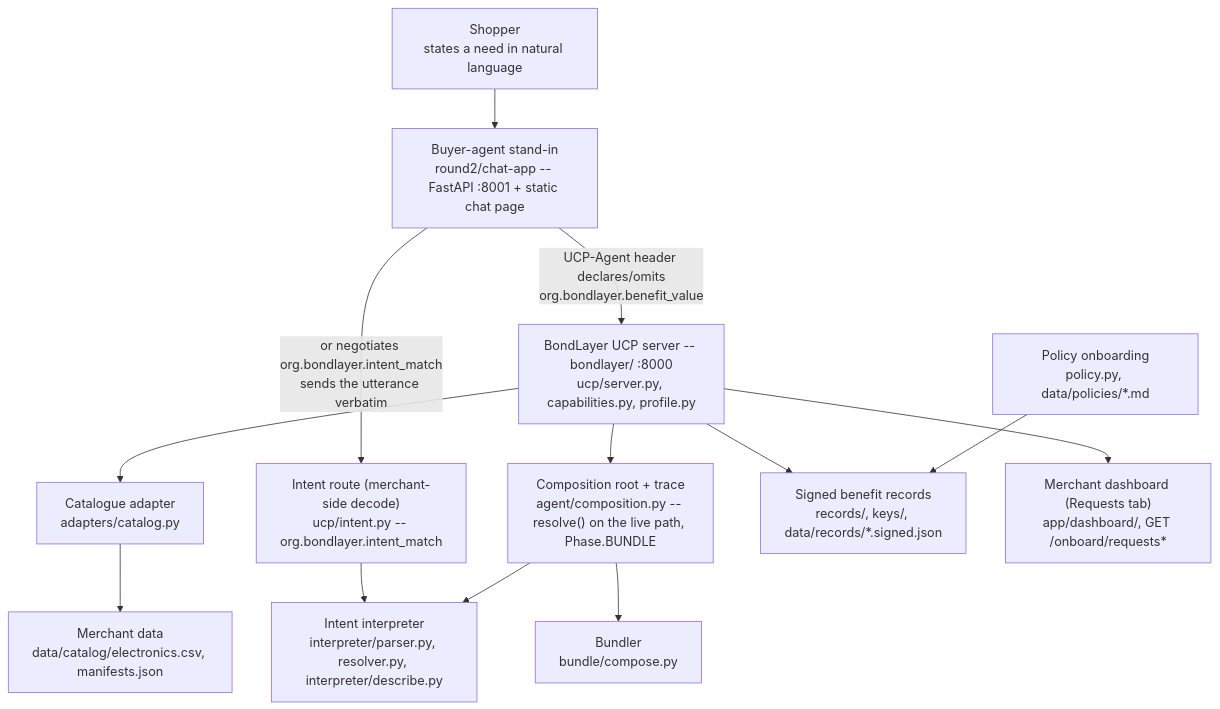
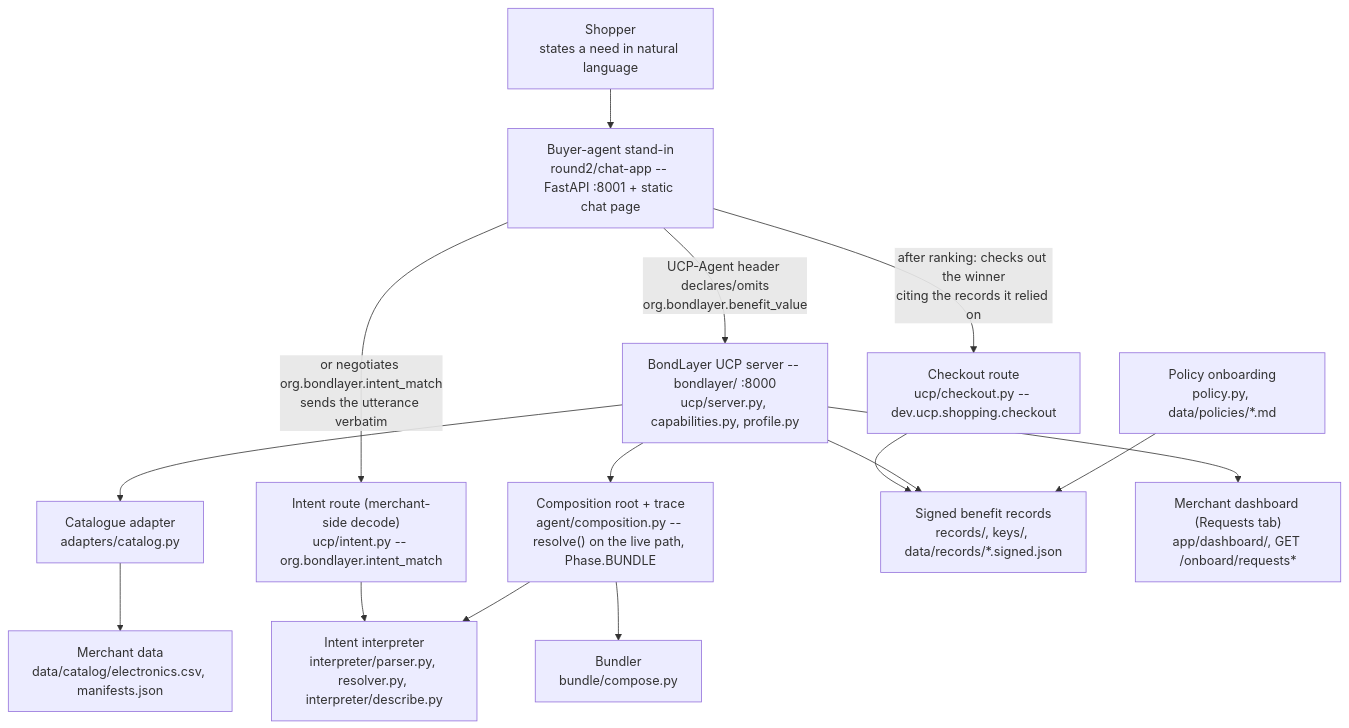
The diagram in README.md (kaiday/UAVSHackathon-BondLayer), drawn with Mermaid before and after one commit. The commit also changed other lines of this file, not shown here.

First line of the commit message:
docs: root README — merchant decode, checkout and closing the loop (WS-J/K/L)

````diff
--- a/README.md
+++ b/README.md
@@ -51,27 +61,30 @@
 ```mermaid
 flowchart TD
     Shopper["Shopper\nstates a need in natural language"]
     Agent["Buyer-agent stand-in\nround2/chat-app -- FastAPI :8001 + static chat page"]
     UCP["BondLayer UCP server -- bondlayer/ :8000\nucp/server.py, capabilities.py, profile.py"]
     Intent["Intent route (merchant-side decode)\nucp/intent.py -- org.bondlayer.intent_match"]
     Interp["Intent interpreter\ninterpreter/parser.py, resolver.py, interpreter/describe.py"]
     Comp["Composition root + trace\nagent/composition.py -- resolve() on the live path, Phase.BUNDLE"]
     Bundle["Bundler\nbundle/compose.py"]
     Adapter["Catalogue adapter\nadapters/catalog.py"]
     Records["Signed benefit records\nrecords/, keys/, data/records/*.signed.json"]
     Policy["Policy onboarding\npolicy.py, data/policies/*.md"]
     Data["Merchant data\ndata/catalog/electronics.csv, manifests.json"]
     Dash["Merchant dashboard (Requests tab)\napp/dashboard/, GET /onboard/requests*"]
+    Checkout["Checkout route\nucp/checkout.py -- dev.ucp.shopping.checkout"]
 
     Shopper --> Agent
     Agent -- "UCP-Agent header declares/omits\norg.bondlayer.benefit_value" --> UCP
     Agent -- "or negotiates org.bondlayer.intent_match\nsends the utterance verbatim" --> Intent
+    Agent -- "after ranking: checks out the winner\nciting the records it relied on" --> Checkout
+    Checkout --> Records
     Intent --> Interp
     UCP --> Adapter --> Data
     UCP --> Records
     UCP --> Comp
     Comp --> Interp
     Comp --> Bundle
     Policy --> Records
     UCP --> Dash
 ```
````
